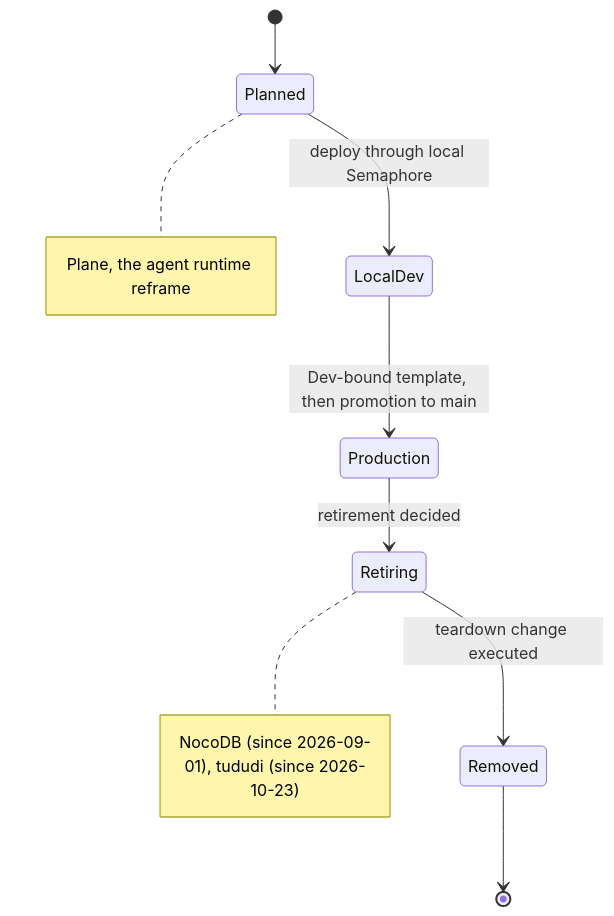
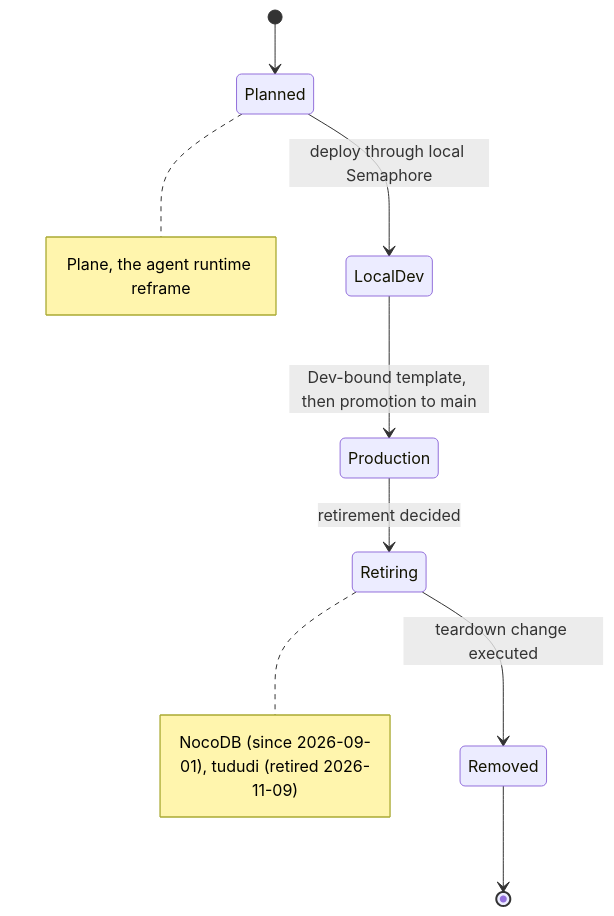
The ninth of 10 diagrams in plan/architecture/service-architecture.md (uhstray-io/agent-cloud), drawn with Mermaid before and after one commit. The commit also changed other lines of this file and 14 other files, not shown here.

````diff
--- a/plan/architecture/service-architecture.md
+++ b/plan/architecture/service-architecture.md
@@ -453,15 +449,15 @@
 ```mermaid
 stateDiagram-v2
     [*] --> Planned
     Planned --> LocalDev: deploy through local Semaphore
     LocalDev --> Production: Dev-bound template, then promotion to main
     Production --> Retiring: retirement decided
     Retiring --> Removed: teardown change executed
     Removed --> [*]
     note right of Planned
         Plane, the agent runtime reframe
     end note
     note right of Retiring
-        NocoDB (since 2026-09-01), tududi (since 2026-10-23)
+        NocoDB (since 2026-09-01), tududi (retired 2026-11-09)
     end note
 ```
````
